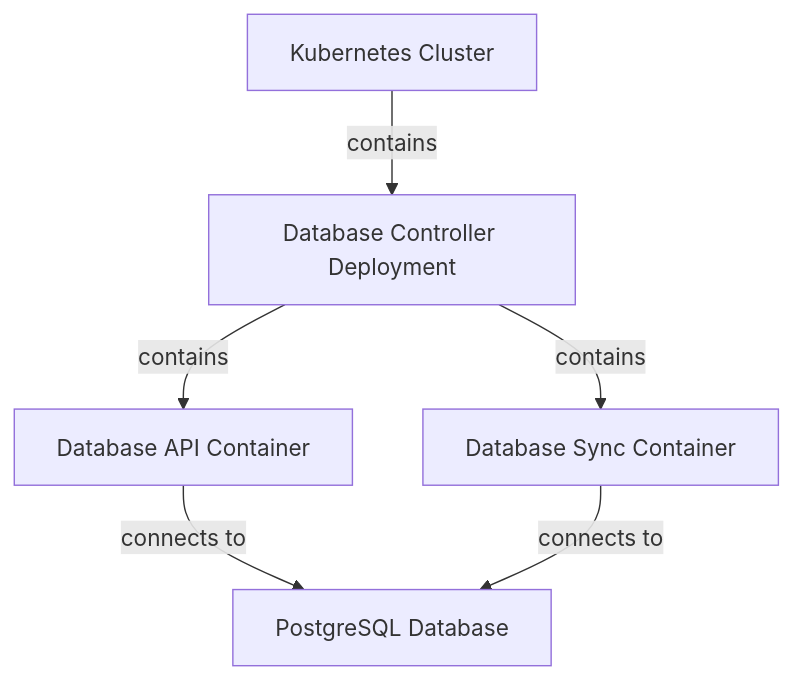
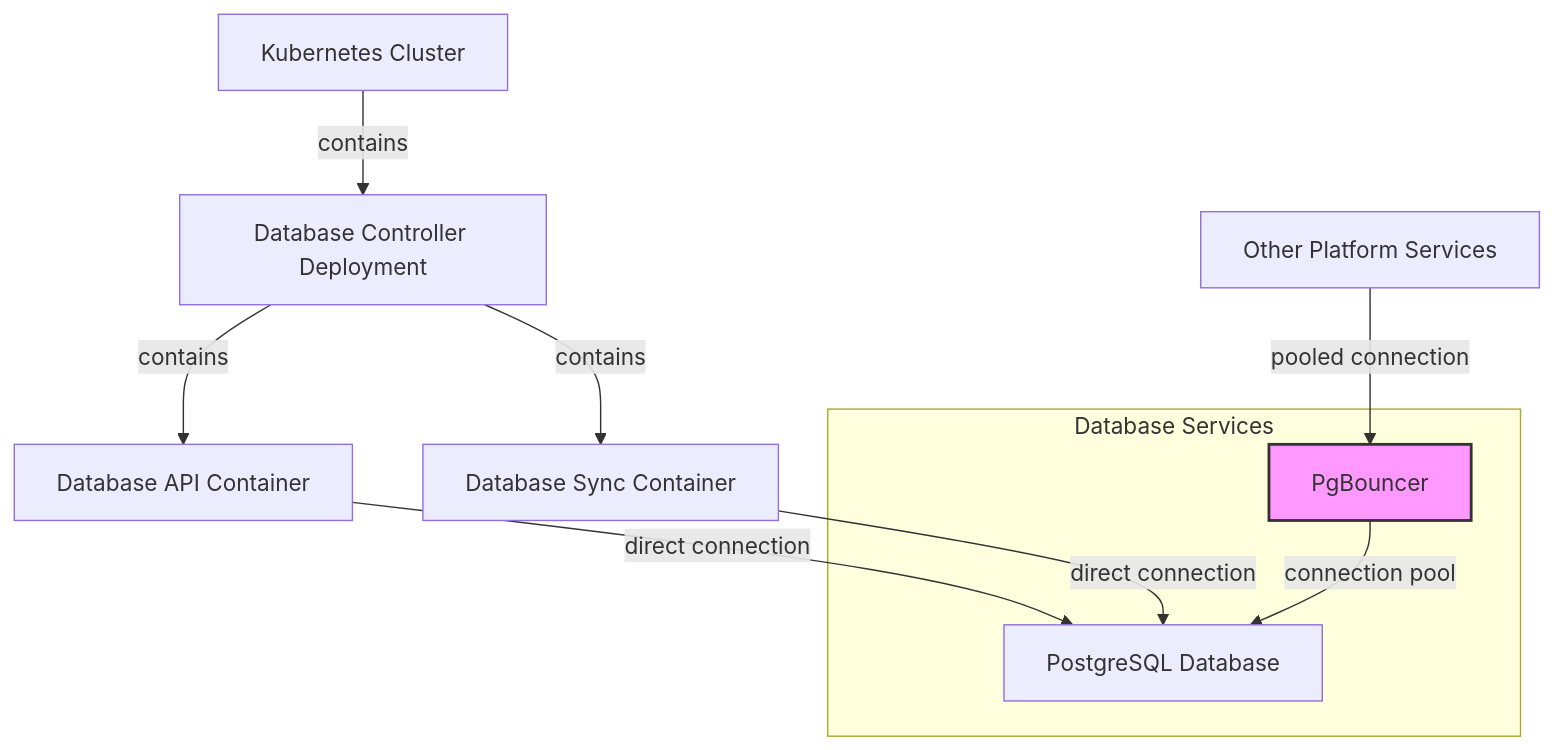
The diagram in pages/Database/database_controller.md (Rydersel/EDUrange_Cloud_Docs), drawn with Mermaid before and after one commit. The commit also changed other lines of this file and 68 other files, not shown here.

````diff
--- a/pages/Database/database_controller.md
+++ b/pages/Database/database_controller.md
@@ -14,11 +14,20 @@
 ```mermaid
 graph TD
     K[Kubernetes Cluster] -->|contains| D
     D[Database Controller Deployment] -->|contains| A
     D -->|contains| S
-    A[Database API Container] -->|connects to| P
-    S[Database Sync Container] -->|connects to| P
+    A[Database API Container] -->|direct connection| P
+    S[Database Sync Container] -->|direct connection| P
     P[PostgreSQL Database]
     
+    subgraph "Database Services"
+        P
+        PG[PgBouncer]
+    end
 
+    O[Other Platform Services] -->|pooled connection| PG
+    PG -->|connection pool| P
+
+    style PG fill:#f9f,stroke:#333,stroke-width:2px
+    
 ```
````
